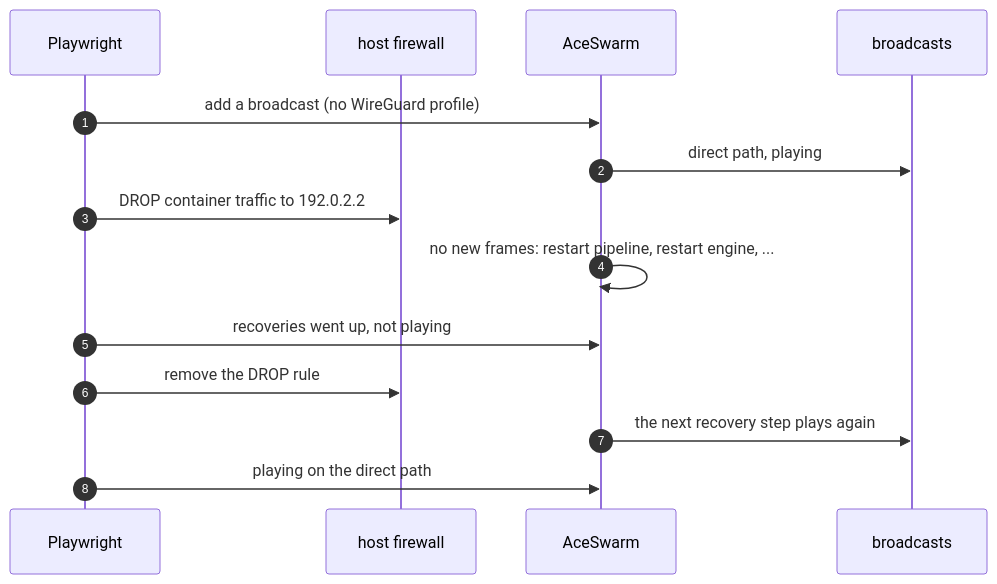
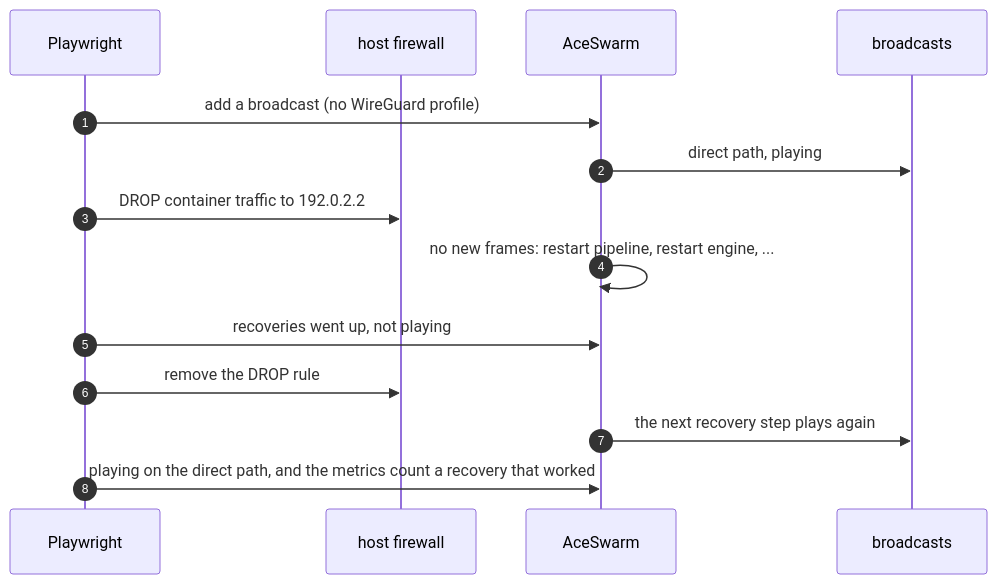
Before and after one commit to sergimn/AceSwarm: the ninth of 14 diagrams in e2e/README.md, drawn with Mermaid. The commit also changed other lines of this file and 14 other files, not shown here.

````diff
--- a/e2e/README.md
+++ b/e2e/README.md
@@ -254,16 +254,16 @@
 ```mermaid
 sequenceDiagram
   autonumber
   participant T as Playwright
   participant FW as host firewall
   participant AS as AceSwarm
   participant SRC as broadcasts
   T->>AS: add a broadcast (no WireGuard profile)
   AS->>SRC: direct path, playing
   T->>FW: DROP container traffic to 192.0.2.2
   AS->>AS: no new frames: restart pipeline, restart engine, ...
   T->>AS: recoveries went up, not playing
   T->>FW: remove the DROP rule
   AS->>SRC: the next recovery step plays again
-  T->>AS: playing on the direct path
+  T->>AS: playing on the direct path, and the metrics count a recovery that worked
 ```
````
